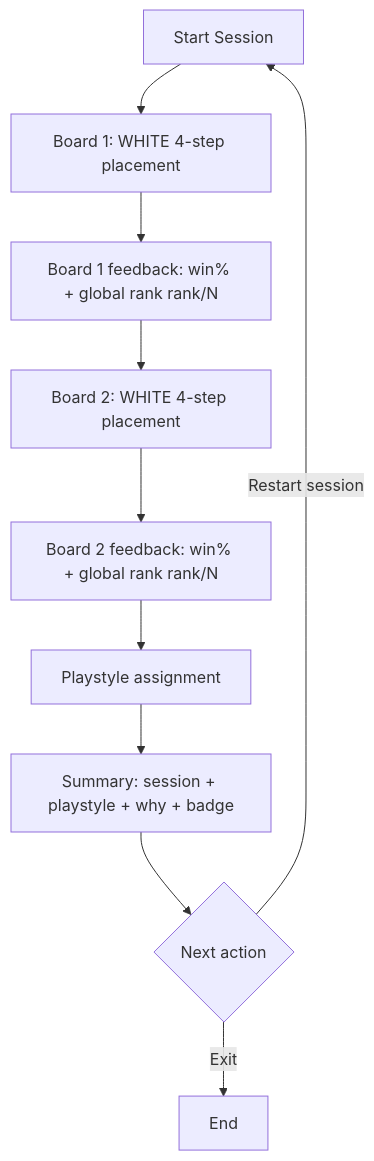
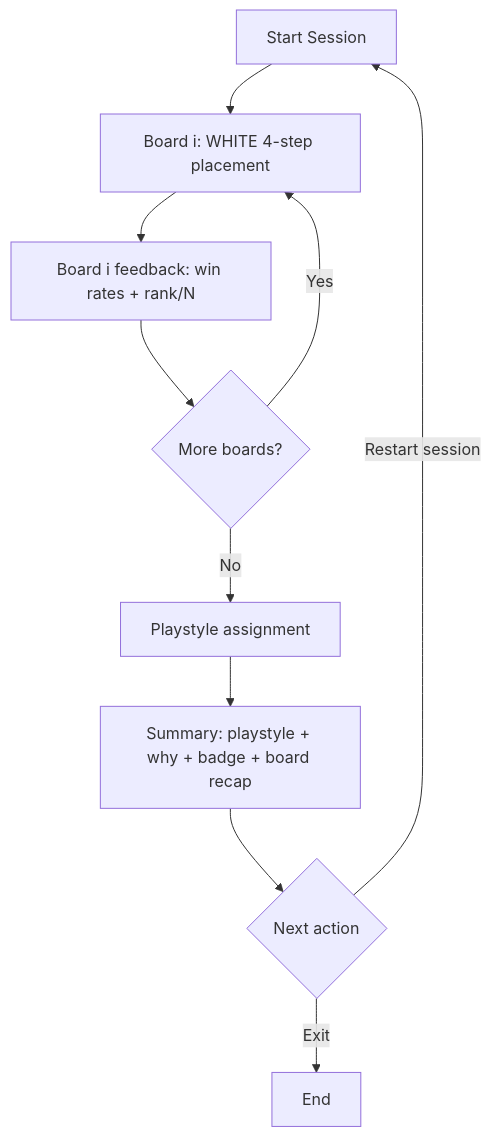
The diagram in docs/initial-placement-product-prd.md (DanielQuelali/catan-monorepo), drawn with Mermaid before and after one commit. The commit also changed other lines of this file and 8 other files, not shown here.

````diff
--- a/docs/initial-placement-product-prd.md
+++ b/docs/initial-placement-product-prd.md
@@ -94,12 +86,12 @@
 ```mermaid
 flowchart TD
-    A[Start Session] --> B[Board 1: WHITE 4-step placement]
-    B --> C[Board 1 feedback: win% + global rank rank/N]
-    C --> D[Board 2: WHITE 4-step placement]
-    D --> E[Board 2 feedback: win% + global rank rank/N]
-    E --> F[Playstyle assignment]
-    F --> G[Summary: session + playstyle + why + badge]
-    G --> H{Next action}
-    H -->|Restart session| A
-    H -->|Exit| I[End]
+    A[Start Session] --> B[Board i: WHITE 4-step placement]
+    B --> C[Board i feedback: win rates + rank/N]
+    C --> D{More boards?}
+    D -->|Yes| B
+    D -->|No| E[Playstyle assignment]
+    E --> F[Summary: playstyle + why + badge + board recap]
+    F --> G{Next action}
+    G -->|Restart session| A
+    G -->|Exit| H[End]
 ```
````
